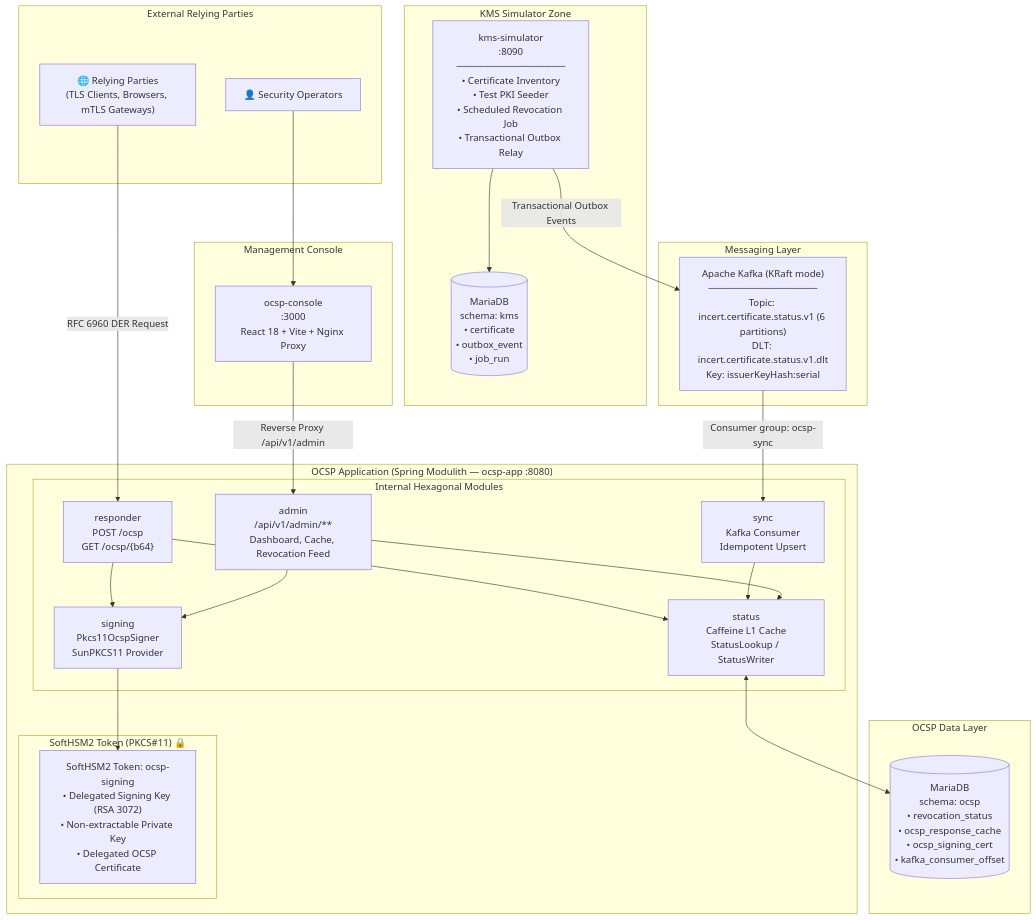
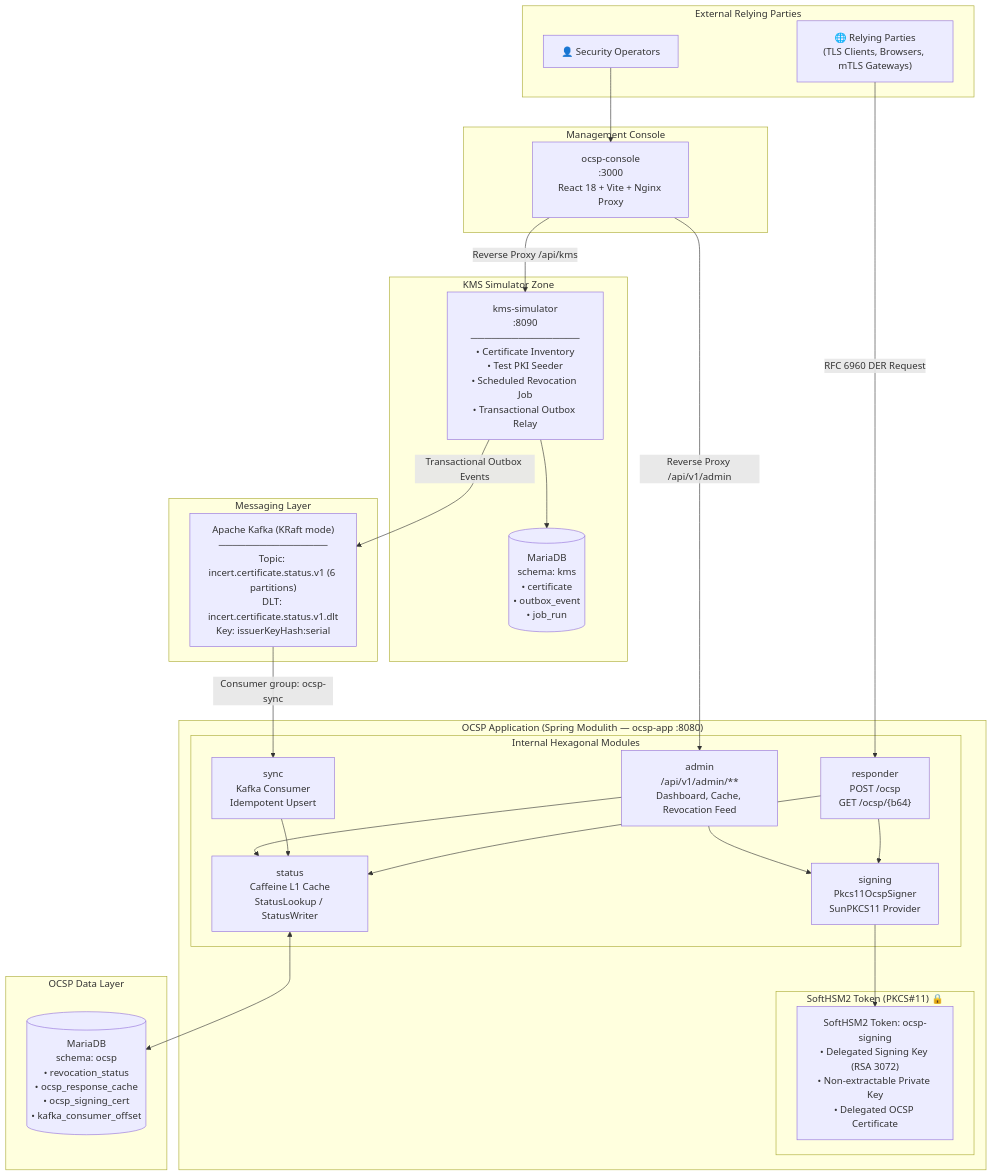
Before and after one commit to Majdzapa/OCSP: the first of 4 diagrams in ARCHITECTURE.md, drawn with Mermaid. The commit also changed other lines of this file, not shown here.

Commit message:
docs: add KMS reverse proxy route and ocsp_response_cache table to architecture

````diff
--- a/ARCHITECTURE.md
+++ b/ARCHITECTURE.md
@@ -21,53 +21,54 @@
 ```mermaid
 graph TB
     subgraph EXTERNAL["External Relying Parties"]
         RP["🌐 Relying Parties<br/>(TLS Clients, Browsers, mTLS Gateways)"]
         OPS["👤 Security Operators"]
     end
 
     subgraph KMS_ZONE["KMS Simulator Zone"]
         KMS["kms-simulator<br/>:8090<br/>────────────────<br/>• Certificate Inventory<br/>• Test PKI Seeder<br/>• Scheduled Revocation Job<br/>• Transactional Outbox Relay"]
         KMS_DB[("MariaDB<br/>schema: kms<br/>• certificate<br/>• outbox_event<br/>• job_run")]
         KMS --> KMS_DB
     end
 
     subgraph BROKER["Messaging Layer"]
         KAFKA["Apache Kafka (KRaft mode)<br/>────────────────<br/>Topic: incert.certificate.status.v1 (6 partitions)<br/>DLT: incert.certificate.status.v1.dlt<br/>Key: issuerKeyHash:serial"]
     end
 
     subgraph OCSP_APP["OCSP Application (Spring Modulith — ocsp-app :8080)"]
         subgraph MODULES["Internal Hexagonal Modules"]
             RESP["responder<br/>POST /ocsp<br/>GET /ocsp/{b64}"]
             STATUS["status<br/>Caffeine L1 Cache<br/>StatusLookup / StatusWriter"]
             SIGN["signing<br/>Pkcs11OcspSigner<br/>SunPKCS11 Provider"]
             SYNC["sync<br/>Kafka Consumer<br/>Idempotent Upsert"]
             ADMIN["admin<br/>/api/v1/admin/**<br/>Dashboard, Cache, Revocation Feed"]
         end
 
         subgraph HSM_ZONE["SoftHSM2 Token (PKCS#11) 🔒"]
             TOKEN["SoftHSM2 Token: ocsp-signing<br/>• Delegated Signing Key (RSA 3072)<br/>• Non-extractable Private Key<br/>• Delegated OCSP Certificate"]
         end
 
         RESP --> STATUS
         RESP --> SIGN
         SIGN --> TOKEN
         SYNC --> STATUS
         ADMIN --> STATUS
         ADMIN --> SIGN
     end
 
     subgraph DB["OCSP Data Layer"]
         OCSP_DB[("MariaDB<br/>schema: ocsp<br/>• revocation_status<br/>• ocsp_response_cache<br/>• ocsp_signing_cert<br/>• kafka_consumer_offset")]
     end
 
     subgraph UI["Management Console"]
         CONSOLE["ocsp-console<br/>:3000<br/>React 18 + Vite + Nginx Proxy"]
     end
 
     RP -- "RFC 6960 DER Request" --> RESP
     KMS -- "Transactional Outbox Events" --> KAFKA
     KAFKA -- "Consumer group: ocsp-sync" --> SYNC
     STATUS <--> OCSP_DB
     OPS --> CONSOLE
     CONSOLE -- "Reverse Proxy /api/v1/admin" --> ADMIN
+    CONSOLE -- "Reverse Proxy /api/kms" --> KMS
 ```
````
